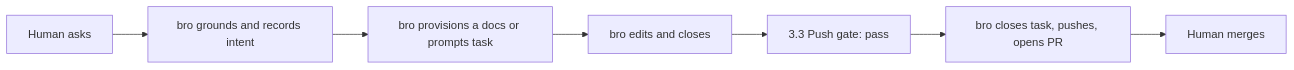
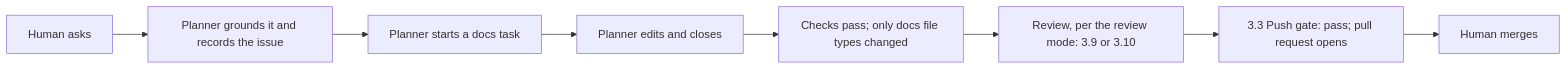
Before and after one commit to trustmybot/tmb: the eighth of 24 diagrams in docs/architecture/FLOWS.md, drawn with Mermaid. The commit also changed other lines of this file and 38 other files, not shown here.

````diff
--- a/docs/architecture/FLOWS.md
+++ b/docs/architecture/FLOWS.md
@@ -107,9 +142,10 @@
 ```mermaid
 flowchart LR
-    A[Human asks] --> B[bro grounds and records intent]
-    B --> C[bro provisions a docs or prompts task]
-    C --> D[bro edits and closes]
-    D --> E[3.3 Push gate: pass]
-    E --> F[bro closes task, pushes, opens PR]
-    F --> G[Human merges]
+    A["Human asks"] --> B["Planner grounds it and records the issue"]
+    B --> C["Planner starts a docs task"]
+    C --> D["Planner edits and closes"]
+    D --> E["Checks pass; only docs file types changed"]
+    E --> F["Review, per the review mode: 3.9 or 3.10"]
+    F --> G["3.3 Push gate: pass; pull request opens"]
+    G --> H["Human merges"]
 ```
````
